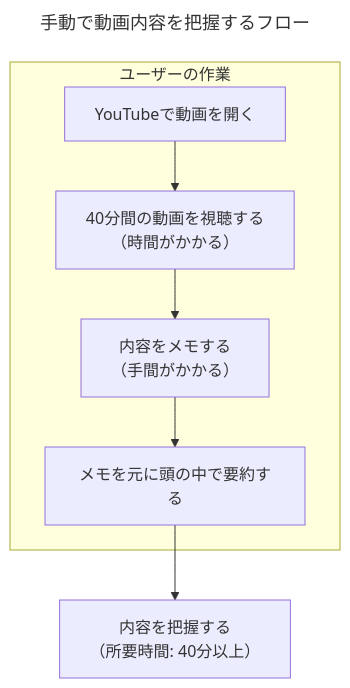
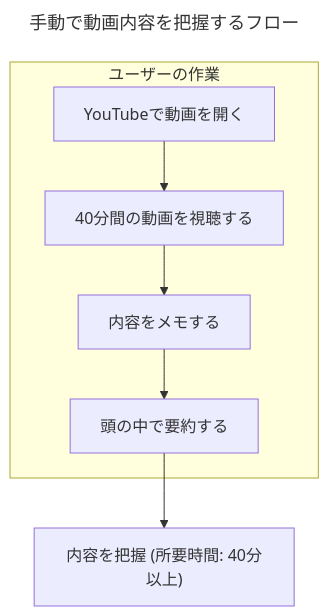
The first of 3 diagrams in docs/【出力】開発_YouTube動画時短要約術.md (hirokun-hub/youtube_summary_api), drawn with Mermaid before and after one commit. The commit also changed other lines of this file, not shown here.

Commit message:
docs: YouTube動画の手動視聴フローを簡略化し、API利用時の処理フローを明確化

````diff
--- a/docs/【出力】開発_YouTube動画時短要約術.md
+++ b/docs/【出力】開発_YouTube動画時短要約術.md
@@ -30,12 +30,12 @@
 ```mermaid
 ---
 title: "手動で動画内容を把握するフロー"
 ---
 flowchart TD
     subgraph "ユーザーの作業"
-        A["YouTubeで動画を開く"] --> B["40分間の動画を視聴する<br>（時間がかかる）"];
-        B --> C["内容をメモする<br>（手間がかかる）"];
-        C --> D["メモを元に頭の中で要約する"];
+        A["YouTubeで動画を開く"] --> B["40分間の動画を視聴する"];
+        B --> C["内容をメモする"];
+        C --> D["頭の中で要約する"];
     end
-    D --> E["内容を把握する<br>（所要時間: 40分以上）"];
+    D --> E["内容を把握 (所要時間: 40分以上)"];
 ```
````
